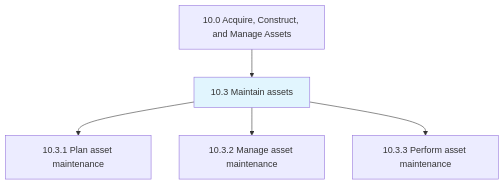
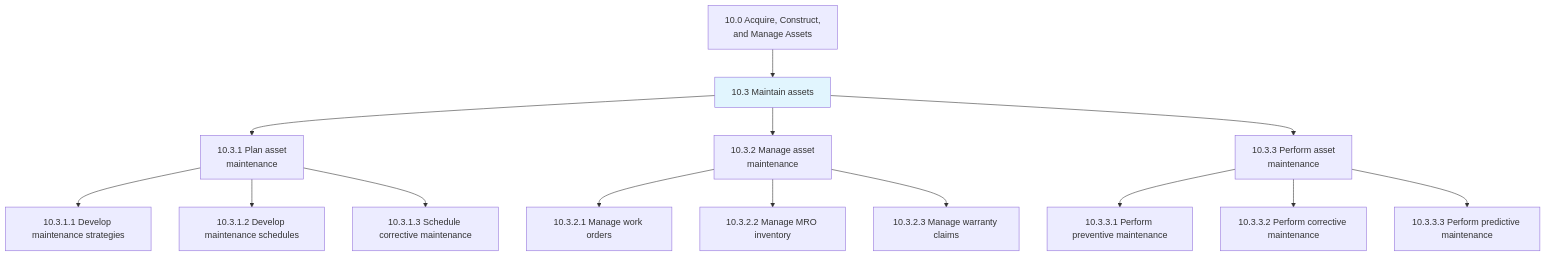
One commit to kziemski/business.org.ai changed the first of 3 diagrams in processes/10-Assets/10.3-MaintainAssets/index.mdx. Above: the diagram before and after it, drawn with Mermaid. The commit also changed other lines of this file and 885 other files, not shown here.

````diff
--- a/processes/10-Assets/10.3-MaintainAssets/index.mdx
+++ b/processes/10-Assets/10.3-MaintainAssets/index.mdx
@@ -25,9 +25,22 @@
 ```mermaid
 graph TD
-    C10["10.0 Acquire, Construct, and Manage Assets"]
-    C10 --> N10_3["10.3 Maintain assets"]
-    style N10_3 fill:#e1f5fe
-    N10_3 --> N10_3_1["10.3.1 Plan asset maintenance"]
-    N10_3 --> N10_3_2["10.3.2 Manage asset maintenance"]
-    N10_3 --> N10_3_3["10.3.3 Perform asset maintenance"]
+    C10["10.0 Acquire, Construct,<br/>and Manage Assets"] --> G103["10.3 Maintain assets"]
+
+    G103 --> P1031["10.3.1 Plan asset<br/>maintenance"]
+    G103 --> P1032["10.3.2 Manage asset<br/>maintenance"]
+    G103 --> P1033["10.3.3 Perform asset<br/>maintenance"]
+
+    P1031 --> A10311["10.3.1.1 Develop maintenance strategies"]
+    P1031 --> A10312["10.3.1.2 Develop maintenance schedules"]
+    P1031 --> A10313["10.3.1.3 Schedule corrective maintenance"]
+
+    P1032 --> A10321["10.3.2.1 Manage work orders"]
+    P1032 --> A10322["10.3.2.2 Manage MRO inventory"]
+    P1032 --> A10323["10.3.2.3 Manage warranty claims"]
+
+    P1033 --> A10331["10.3.3.1 Perform preventive maintenance"]
+    P1033 --> A10332["10.3.3.2 Perform corrective maintenance"]
+    P1033 --> A10333["10.3.3.3 Perform predictive maintenance"]
+
+    style G103 fill:#e1f5fe
 ```
````
